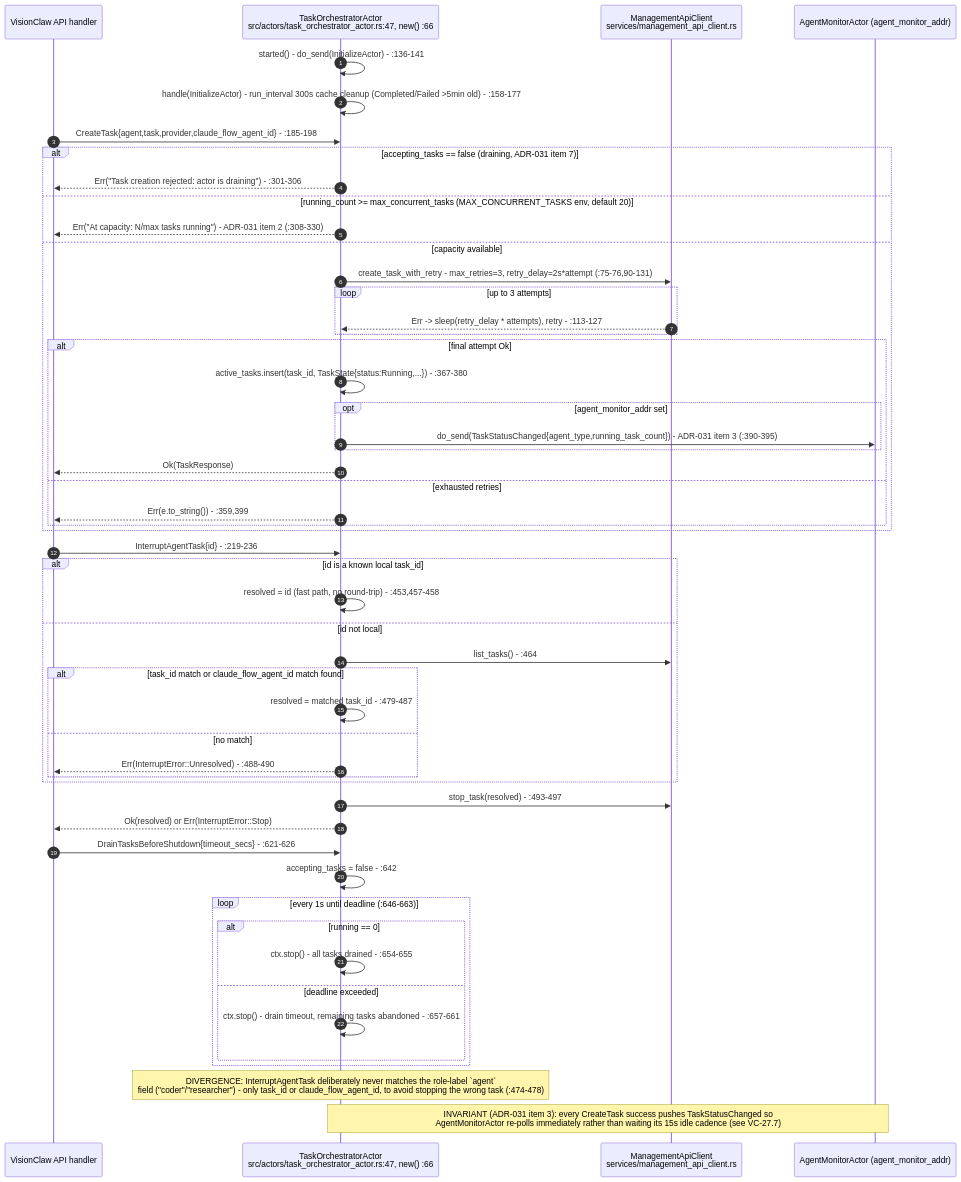
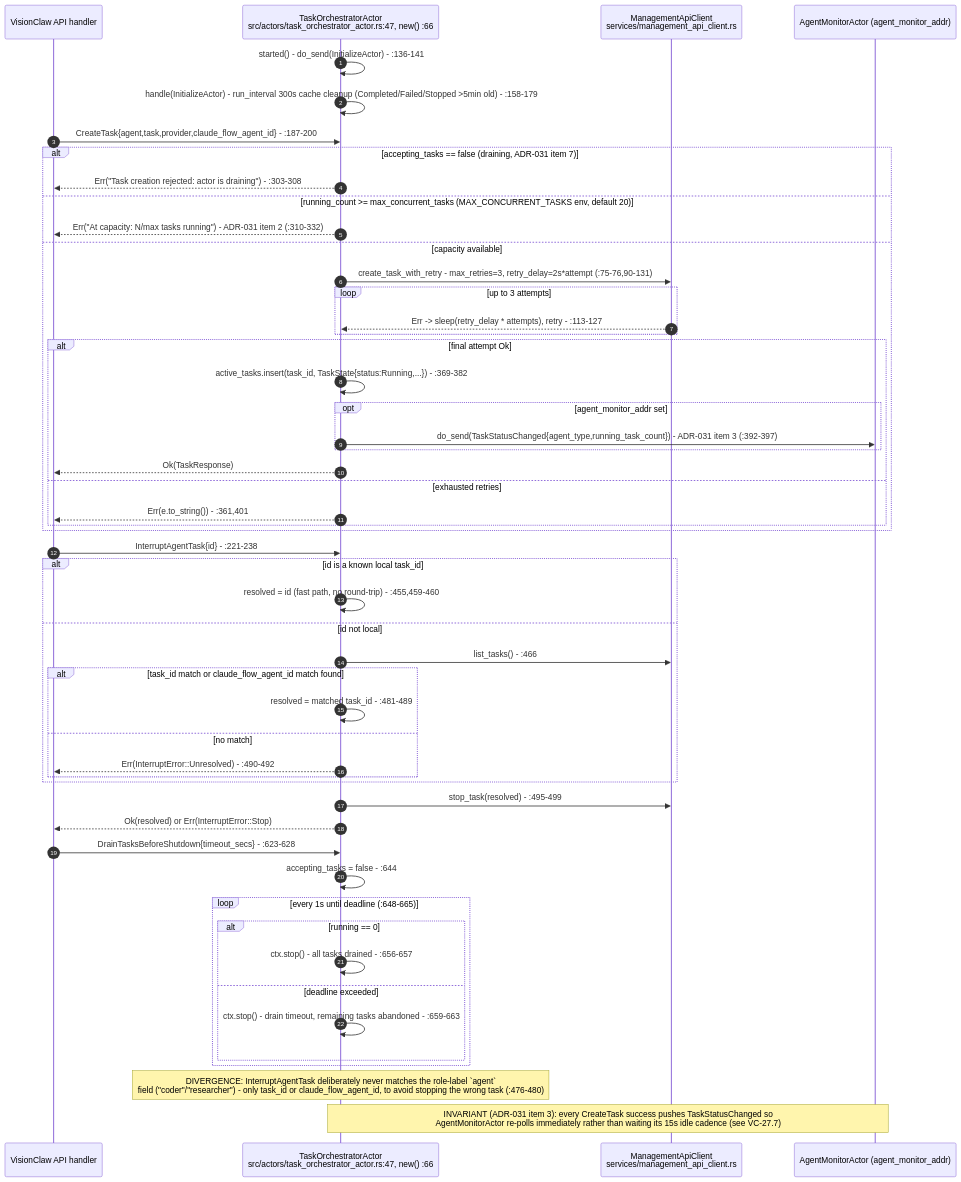
The eighth of 11 diagrams in docs/diagrams/visionclaw/27-agent-integration-mcp-relay.md (DreamLab-AI/VisionFlow), drawn with Mermaid before and after one commit. The commit also changed other lines of this file and 7 other files, not shown here.

First line of the commit message:
diagrams(visionclaw): re-verify VC-25..28 and VC-30..33 at visionclaw 4900ec60b, agentbox 59b1aca1c

````diff
--- a/docs/diagrams/visionclaw/27-agent-integration-mcp-relay.md
+++ b/docs/diagrams/visionclaw/27-agent-integration-mcp-relay.md
@@ -392,58 +392,58 @@
 ```mermaid
 sequenceDiagram
     autonumber
     participant H as VisionClaw API handler
     participant TO as TaskOrchestratorActor<br/>src/actors/task_orchestrator_actor.rs:47, new() :66
     participant MAC as ManagementApiClient<br/>services/management_api_client.rs
     participant AM as AgentMonitorActor (agent_monitor_addr)
 
     TO->>TO: started() - do_send(InitializeActor) - :136-141
-    TO->>TO: handle(InitializeActor) - run_interval 300s cache cleanup (Completed/Failed >5min old) - :158-177
+    TO->>TO: handle(InitializeActor) - run_interval 300s cache cleanup (Completed/Failed/Stopped >5min old) - :158-179
 
-    H->>TO: CreateTask{agent,task,provider,claude_flow_agent_id} - :185-198
+    H->>TO: CreateTask{agent,task,provider,claude_flow_agent_id} - :187-200
     alt accepting_tasks == false (draining, ADR-031 item 7)
-        TO-->>H: Err("Task creation rejected: actor is draining") - :301-306
+        TO-->>H: Err("Task creation rejected: actor is draining") - :303-308
     else running_count >= max_concurrent_tasks (MAX_CONCURRENT_TASKS env, default 20)
-        TO-->>H: Err("At capacity: N/max tasks running") - ADR-031 item 2 (:308-330)
+        TO-->>H: Err("At capacity: N/max tasks running") - ADR-031 item 2 (:310-332)
     else capacity available
         TO->>MAC: create_task_with_retry - max_retries=3, retry_delay=2s*attempt (:75-76,90-131)
         loop up to 3 attempts
             MAC-->>TO: Err -> sleep(retry_delay * attempts), retry - :113-127
         end
         alt final attempt Ok
-            TO->>TO: active_tasks.insert(task_id, TaskState{status:Running,...}) - :367-380
+            TO->>TO: active_tasks.insert(task_id, TaskState{status:Running,...}) - :369-382
             opt agent_monitor_addr set
-                TO->>AM: do_send(TaskStatusChanged{agent_type,running_task_count}) - ADR-031 item 3 (:390-395)
+                TO->>AM: do_send(TaskStatusChanged{agent_type,running_task_count}) - ADR-031 item 3 (:392-397)
             end
             TO-->>H: Ok(TaskResponse)
         else exhausted retries
-            TO-->>H: Err(e.to_string()) - :359,399
+            TO-->>H: Err(e.to_string()) - :361,401
         end
     end
 
-    H->>TO: InterruptAgentTask{id} - :219-236
+    H->>TO: InterruptAgentTask{id} - :221-238
     alt id is a known local task_id
-        TO->>TO: resolved = id (fast path, no round-trip) - :453,457-458
+        TO->>TO: resolved = id (fast path, no round-trip) - :455,459-460
     else id not local
-        TO->>MAC: list_tasks() - :464
+        TO->>MAC: list_tasks() - :466
         alt task_id match or claude_flow_agent_id match found
-            TO->>TO: resolved = matched task_id - :479-487
+            TO->>TO: resolved = matched task_id - :481-489
         else no match
-            TO-->>H: Err(InterruptError::Unresolved) - :488-490
+            TO-->>H: Err(InterruptError::Unresolved) - :490-492
         end
     end
-    TO->>MAC: stop_task(resolved) - :493-497
+    TO->>MAC: stop_task(resolved) - :495-499
     TO-->>H: Ok(resolved) or Err(InterruptError::Stop)
 
-    H->>TO: DrainTasksBeforeShutdown{timeout_secs} - :621-626
-    TO->>TO: accepting_tasks = false - :642
-    loop every 1s until deadline (:646-663)
+    H->>TO: DrainTasksBeforeShutdown{timeout_secs} - :623-628
+    TO->>TO: accepting_tasks = false - :644
+    loop every 1s until deadline (:648-665)
         alt running == 0
-            TO->>TO: ctx.stop() - all tasks drained - :654-655
+            TO->>TO: ctx.stop() - all tasks drained - :656-657
         else deadline exceeded
-            TO->>TO: ctx.stop() - drain timeout, remaining tasks abandoned - :657-661
+            TO->>TO: ctx.stop() - drain timeout, remaining tasks abandoned - :659-663
         end
     end
-    Note over TO: DIVERGENCE: InterruptAgentTask deliberately never matches the role-label `agent`<br/>field ("coder"/"researcher") - only task_id or claude_flow_agent_id, to avoid stopping the wrong task (:474-478)
+    Note over TO: DIVERGENCE: InterruptAgentTask deliberately never matches the role-label `agent`<br/>field ("coder"/"researcher") - only task_id or claude_flow_agent_id, to avoid stopping the wrong task (:476-480)
     Note over TO,AM: INVARIANT (ADR-031 item 3): every CreateTask success pushes TaskStatusChanged so<br/>AgentMonitorActor re-polls immediately rather than waiting its 15s idle cadence (see VC-27.7)
 ```
````
